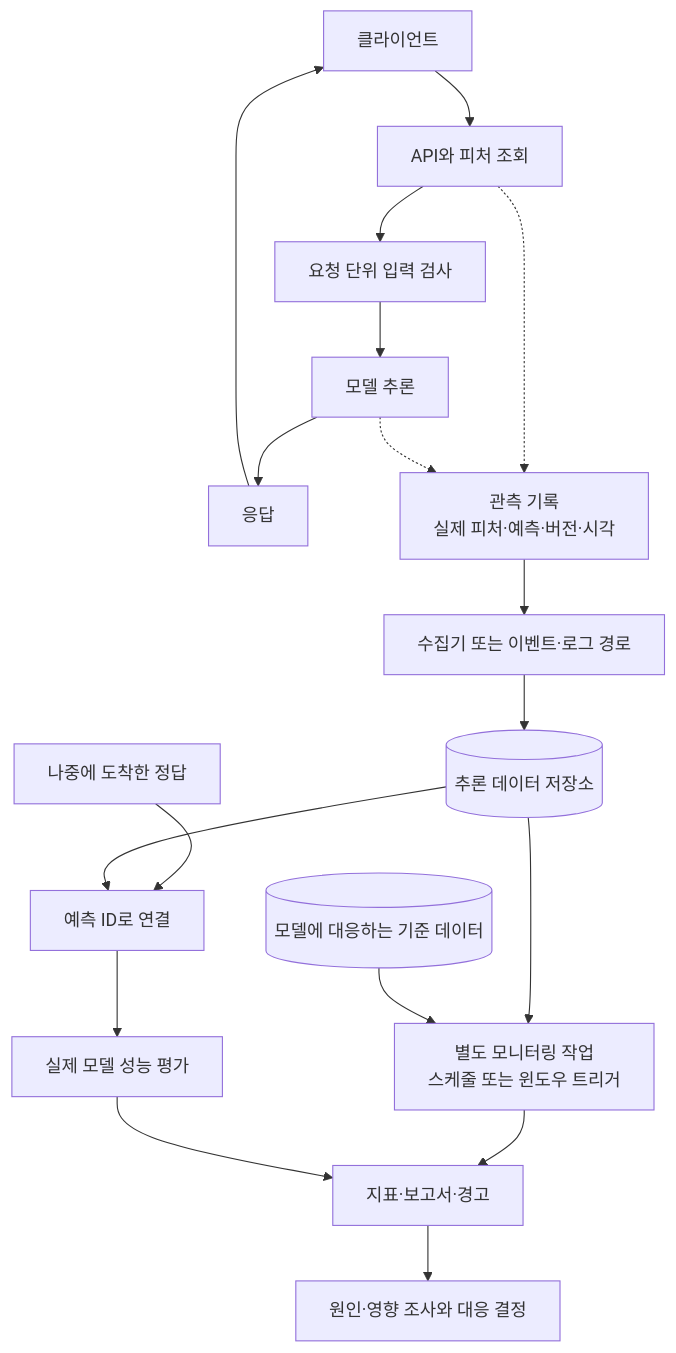
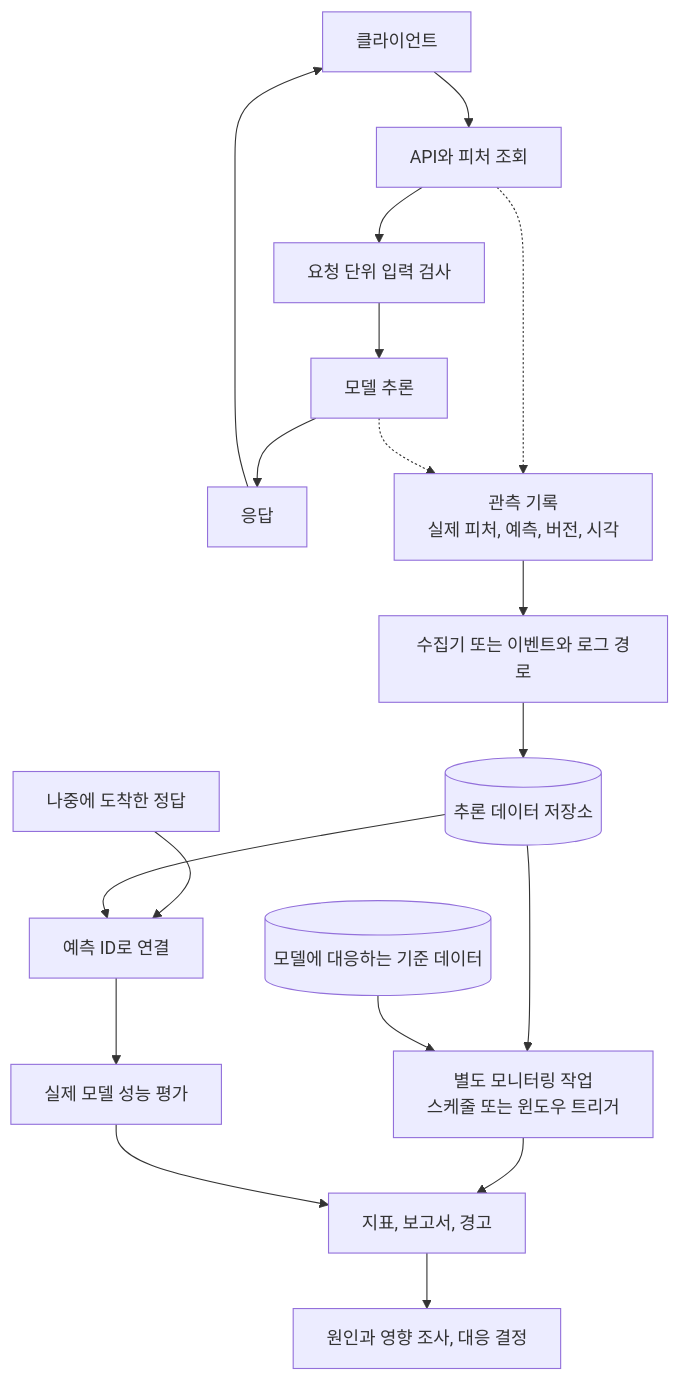
Before and after one commit to johklo/johklo.github.io: the second of 5 diagrams in content/docs/tech/machine-learning-platform-engineering/06-productionizing-models.md, drawn with Mermaid. The commit also changed other lines of this file and 6 other files, not shown here.

````diff
--- a/content/docs/tech/machine-learning-platform-engineering/06-productionizing-models.md
+++ b/content/docs/tech/machine-learning-platform-engineering/06-productionizing-models.md
@@ -171,22 +184,22 @@
 ```mermaid
 flowchart TD
     accTitle: 예측 응답과 드리프트 평가를 분리한 운영 참조 구조
     accDescr: API는 피처 조회와 입력 검사를 거쳐 예측을 응답한다. 실제 사용한 피처와 예측의 관측 기록은 별도 수집 경로로 보내 저장한다. 모니터링 작업은 버전이 맞는 기준 데이터와 현재 윈도우를 비교하고 지표와 경고를 만든다. 늦게 도착한 정답은 예측 ID로 연결해 성능을 평가한다.
     C["클라이언트"] --> API["API와 피처 조회"]
     API --> V["요청 단위 입력 검사"]
     V --> M["모델 추론"]
     M --> R["응답"]
     R --> C
-    API -.-> E["관측 기록<br/>실제 피처·예측·버전·시각"]
+    API -.-> E["관측 기록<br/>실제 피처, 예측, 버전, 시각"]
     M -.-> E
-    E --> COL["수집기 또는 이벤트·로그 경로"]
+    E --> COL["수집기 또는 이벤트와 로그 경로"]
     COL --> STORE[("추론 데이터 저장소")]
     STORE --> JOB["별도 모니터링 작업<br/>스케줄 또는 윈도우 트리거"]
     REF[("모델에 대응하는 기준 데이터")] --> JOB
-    JOB --> MET["지표·보고서·경고"]
+    JOB --> MET["지표, 보고서, 경고"]
     LABEL["나중에 도착한 정답"] --> JOIN["예측 ID로 연결"]
     STORE --> JOIN
     JOIN --> PERF["실제 모델 성능 평가"]
     PERF --> MET
-    MET --> TRIAGE["원인·영향 조사와 대응 결정"]
+    MET --> TRIAGE["원인과 영향 조사, 대응 결정"]
 ```
````
